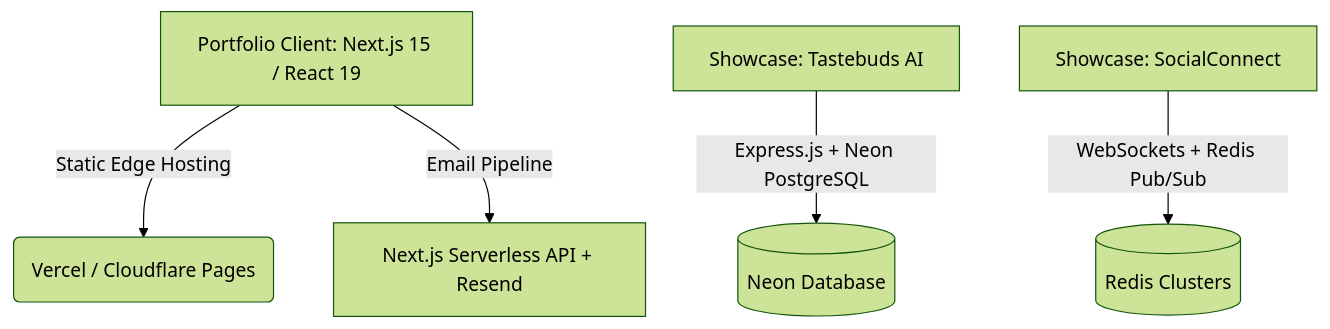
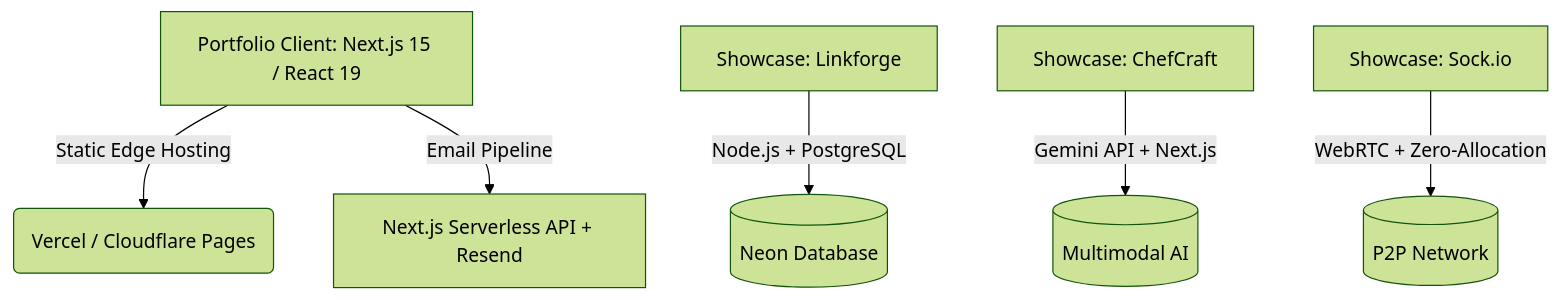
Before and after one commit to sumeetkl11/portfolio: the diagram in README.md, drawn with Mermaid (forest theme). The commit also changed other lines of this file and 37 other files, not shown here.

````diff
--- a/README.md
+++ b/README.md
@@ -11,7 +11,8 @@
 ```mermaid
 graph TD
     A[Portfolio Client: Next.js 15 / React 19] -->|Static Edge Hosting| B(Vercel / Cloudflare Pages)
     A -->|Email Pipeline| C[Next.js Serverless API + Resend]
-    D[Showcase: Tastebuds AI] -->|Express.js + Neon PostgreSQL| E[(Neon Database)]
-    F[Showcase: SocialConnect] -->|WebSockets + Redis Pub/Sub| G[(Redis Clusters)]
+    D[Showcase: Linkforge] -->|Node.js + PostgreSQL| E[(Neon Database)]
+    F[Showcase: ChefCraft] -->|Gemini API + Next.js| G[(Multimodal AI)]
+    H[Showcase: Sock.io] -->|WebRTC + Zero-Allocation| I[(P2P Network)]
 ```
````
